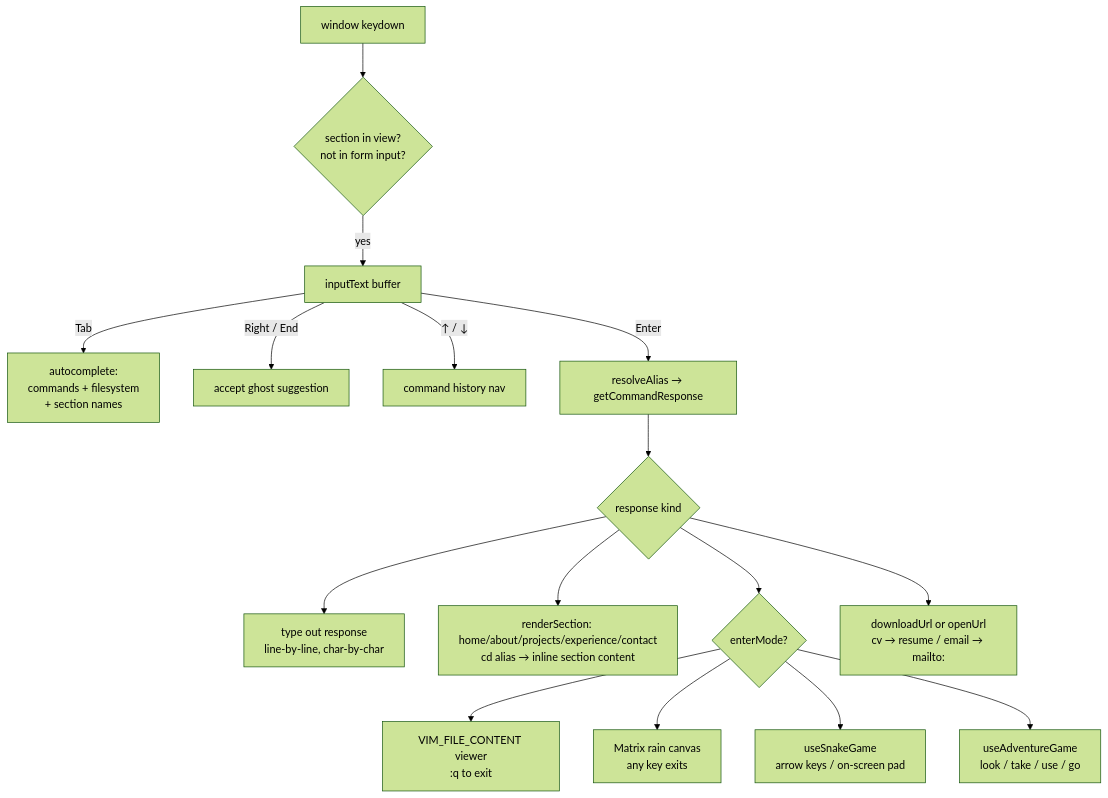
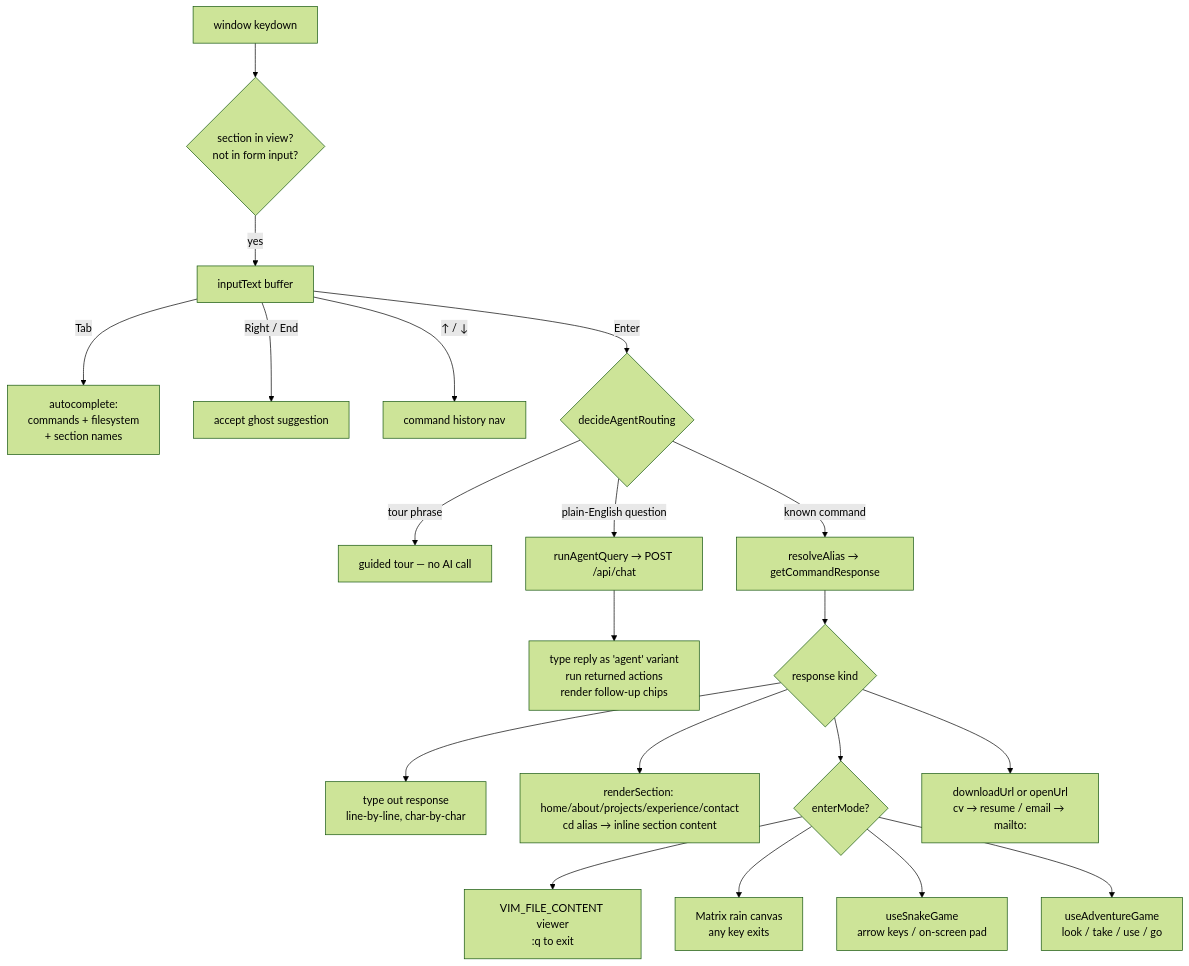
One commit to kudzaiprichard/my-portfolio changed the sixth of 11 diagrams in README.md. Above: the diagram before and after it, drawn with Mermaid (forest theme). The commit also changed other lines of this file, not shown here.

First line of the commit message:
docs(readme): document AI agent + voice, fix mermaid diagrams, switch license to MIT

````diff
--- a/README.md
+++ b/README.md
@@ -416,19 +466,25 @@
 ```mermaid
 flowchart TD
     KeyDown[window keydown] --> Filter{section in view?\nnot in form input?}
     Filter -- yes --> Buffer[inputText buffer]
     Buffer -->|Tab| AC[autocomplete:\ncommands + filesystem\n+ section names]
     Buffer -->|Right / End| Ghost[accept ghost suggestion]
     Buffer -->|↑ / ↓| Hist[command history nav]
-    Buffer -->|Enter| Resolve[resolveAlias → getCommandResponse]
+    Buffer -->|Enter| Route{decideAgentRouting}
+
+    Route -->|tour phrase| Tour["guided tour — no AI call"]
+    Route -->|known command| Resolve[resolveAlias → getCommandResponse]
+    Route -->|plain-English question| Agent["runAgentQuery → POST /api/chat"]
+
+    Agent --> Reply["type reply as 'agent' variant\nrun returned actions\nrender follow-up chips"]
 
     Resolve --> Branch{response kind}
     Branch --> Print[type out response\nline-by-line, char-by-char]
     Branch --> Render["renderSection: home/about/projects/experience/contact\ncd alias → inline section content"]
     Branch --> Mode{enterMode?}
     Mode --> Vim["VIM_FILE_CONTENT viewer\n:q to exit"]
     Mode --> Matrix["Matrix rain canvas\nany key exits"]
     Mode --> Snake["useSnakeGame\narrow keys / on-screen pad"]
     Mode --> Adv["useAdventureGame\nlook / take / use / go"]
     Branch --> Side["downloadUrl or openUrl\ncv → resume / email → mailto:"]
 ```
````
